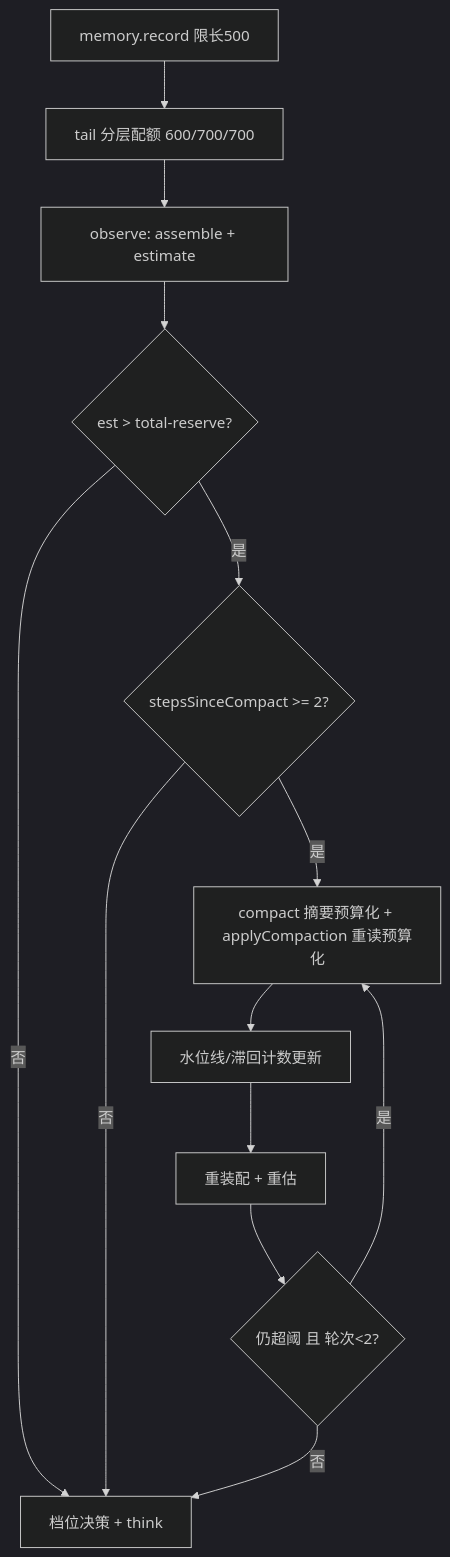
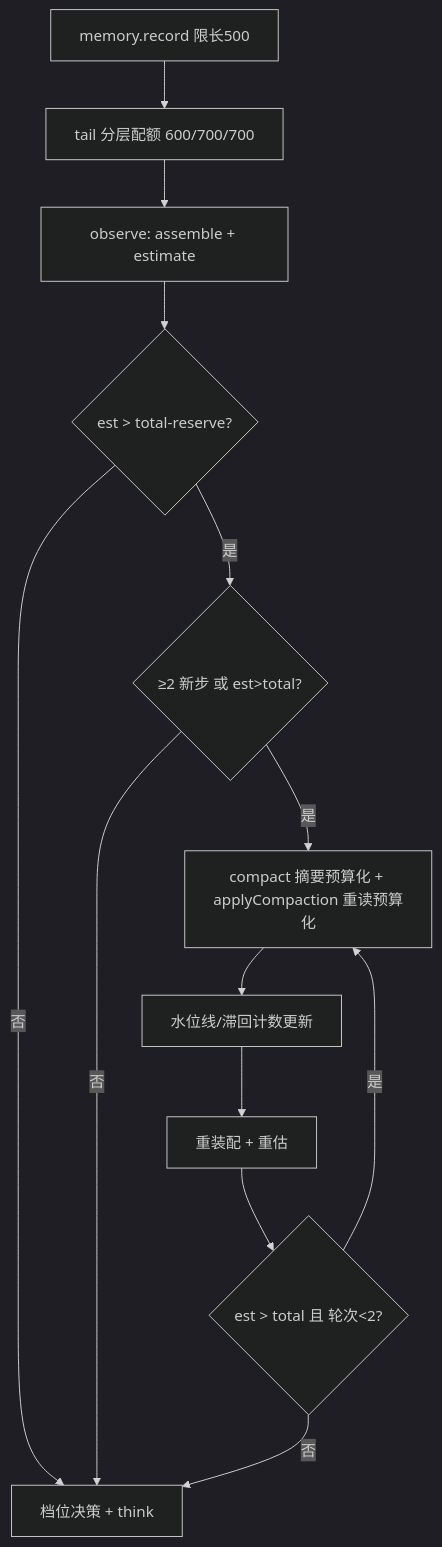
Before and after one commit to searchforsun/sunshinex: the diagram in docs/superpowers/specs/2026-09-05-phase2-context-budget-design.md, drawn with Mermaid (dark theme). The commit also changed other lines of this file, not shown here.

Commit message:
docs: P1-1 spec 计划期修正——收敛环续环条件 est>total、lastCompactStep 语义与白名单细化

````diff
--- a/docs/superpowers/specs/2026-09-05-phase2-context-budget-design.md
+++ b/docs/superpowers/specs/2026-09-05-phase2-context-budget-design.md
@@ -129,15 +128,15 @@
 ```mermaid
 flowchart TD
   A[observe: assemble + estimate] --> B{est > total-reserve?}
   B -- 否 --> H[档位决策 + think]
-  B -- 是 --> C{stepsSinceCompact >= 2?}
+  B -- 是 --> C{≥2 新步 或 est>total?}
   C -- 否 --> H
   C -- 是 --> D[compact 摘要预算化 + applyCompaction 重读预算化]
   D --> E[水位线/滞回计数更新]
   E --> F[重装配 + 重估]
-  F --> G{仍超阈 且 轮次<2?}
+  F --> G{est > total 且 轮次<2?}
   G -- 是 --> D
   G -- 否 --> H
   M[memory.record 限长500] --> T[tail 分层配额 600/700/700]
   T --> A
 ```
````
